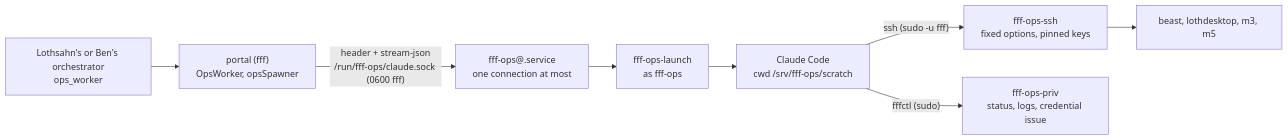
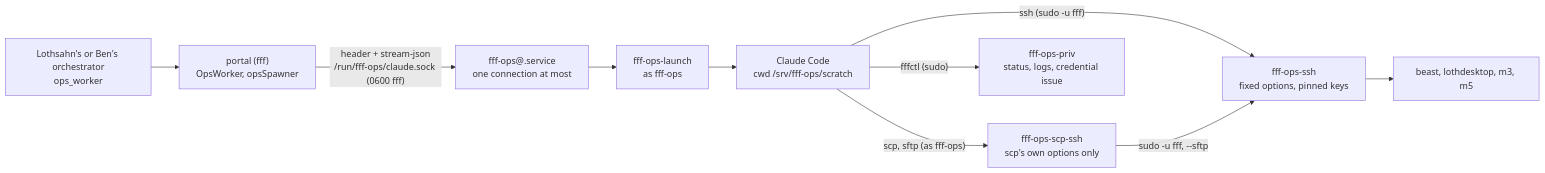
One commit to Final-Factory/ff-factory changed the diagram in docs/ops-worker.md. Above: the diagram before and after it, drawn with Mermaid. The commit also changed other lines of this file and 11 other files, not shown here.

First line of the commit message:
w612: the orchestration worker copies files with scp and sftp

````diff
--- a/docs/ops-worker.md
+++ b/docs/ops-worker.md
@@ -50,8 +53,9 @@
 ```mermaid
 flowchart LR
   O["Lothsahn's or Ben's orchestrator<br/>ops_worker"] --> S["portal (fff)<br/>OpsWorker, opsSpawner"]
   S -- "header + stream-json<br/>/run/fff-ops/claude.sock (0600 fff)" --> U["fff-ops@.service<br/>one connection at most"]
   U --> L["fff-ops-launch<br/>as fff-ops"] --> C["Claude Code<br/>cwd /srv/fff-ops/scratch"]
   C -- "ssh (sudo -u fff)" --> W1["fff-ops-ssh<br/>fixed options, pinned keys"] --> M["beast, lothdesktop, m3, m5"]
+  C -- "scp, sftp (as fff-ops)" --> W3["fff-ops-scp-ssh<br/>scp's own options only"] -- "sudo -u fff, --sftp" --> W1
   C -- "fffctl (sudo)" --> W2["fff-ops-priv<br/>status, logs, credential issue"]
 ```
````
